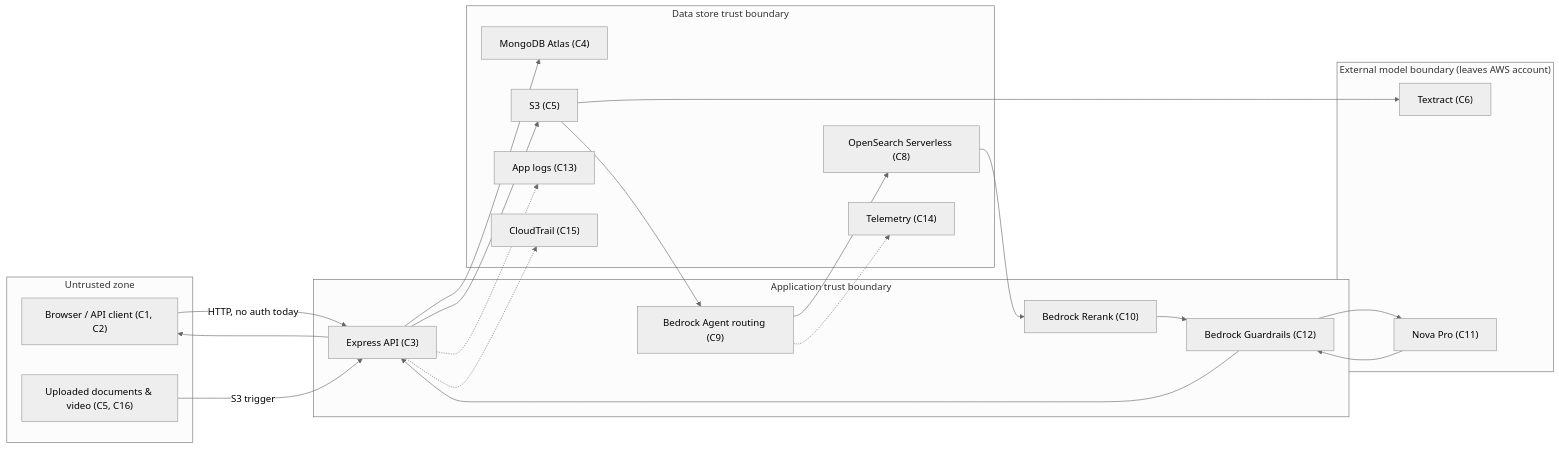
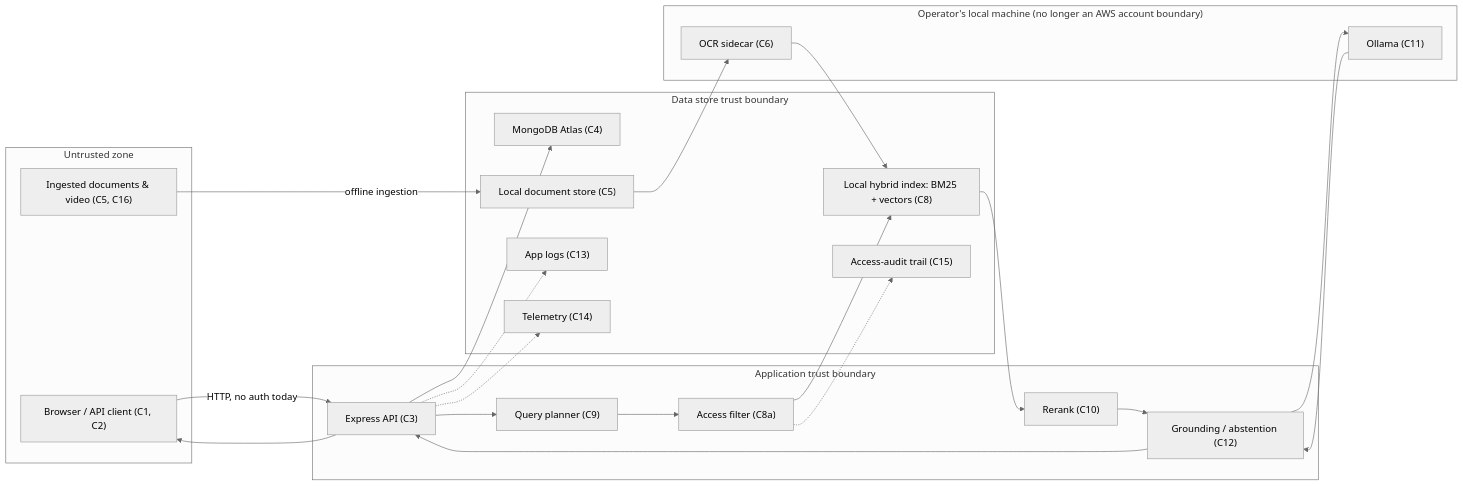
The diagram in docs/data-threat-model-and-classification.md (bestboylaco/tennis-explore-v2), drawn with Mermaid (neutral theme) before and after one commit. The commit also changed other lines of this file, not shown here.

````diff
--- a/docs/data-threat-model-and-classification.md
+++ b/docs/data-threat-model-and-classification.md
@@ -59,45 +67,47 @@
 ```mermaid
 flowchart LR
     subgraph Untrusted["Untrusted zone"]
         Client["Browser / API client (C1, C2)"]
-        Upload["Uploaded documents & video (C5, C16)"]
+        Upload["Ingested documents & video (C5, C16)"]
     end
 
     subgraph AppBoundary["Application trust boundary"]
         API["Express API (C3)"]
-        Agent["Bedrock Agent routing (C9)"]
-        Rerank["Bedrock Rerank (C10)"]
-        Guard["Bedrock Guardrails (C12)"]
+        Plan["Query planner (C9)"]
+        Filter["Access filter (C8a)"]
+        Rerank["Rerank (C10)"]
+        Guard["Grounding / abstention (C12)"]
     end
 
     subgraph DataBoundary["Data store trust boundary"]
         Mongo["MongoDB Atlas (C4)"]
-        S3["S3 (C5)"]
-        OS["OpenSearch Serverless (C8)"]
+        Docs["Local document store (C5)"]
+        Idx["Local hybrid index: BM25 + vectors (C8)"]
         Logs["App logs (C13)"]
         Tel["Telemetry (C14)"]
-        Trail["CloudTrail (C15)"]
+        Trail["Access-audit trail (C15)"]
     end
 
-    subgraph ModelBoundary["External model boundary (leaves AWS account)"]
-        Textract["Textract (C6)"]
-        Nova["Nova Pro (C11)"]
+    subgraph ModelBoundary["Operator's local machine (no longer an AWS account boundary)"]
+        OCR["OCR sidecar (C6)"]
+        Ollama["Ollama (C11)"]
     end
 
     Client -->|HTTP, no auth today| API
-    Upload -->|S3 trigger| API
+    Upload -->|offline ingestion| Docs
     API --> Mongo
-    API --> S3
-    S3 --> Textract
-    S3 --> Agent
-    Agent --> OS
-    OS --> Rerank
+    API --> Plan
+    Docs --> OCR
+    OCR --> Idx
+    Plan --> Filter
+    Filter --> Idx
+    Idx --> Rerank
     Rerank --> Guard
-    Guard --> Nova
-    Nova --> Guard
+    Guard --> Ollama
+    Ollama --> Guard
     Guard --> API
     API --> Client
     API -.-> Logs
-    Agent -.-> Tel
-    API -.-> Trail
+    Filter -.-> Trail
+    API -.-> Tel
 ```
````
